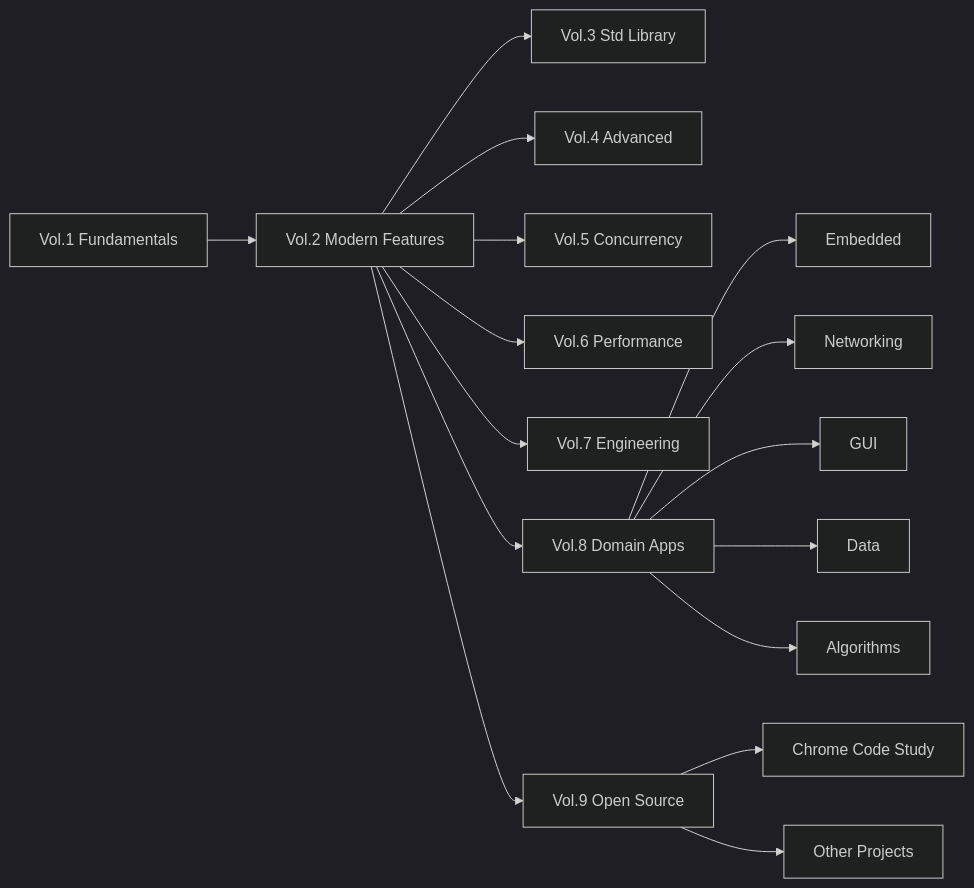
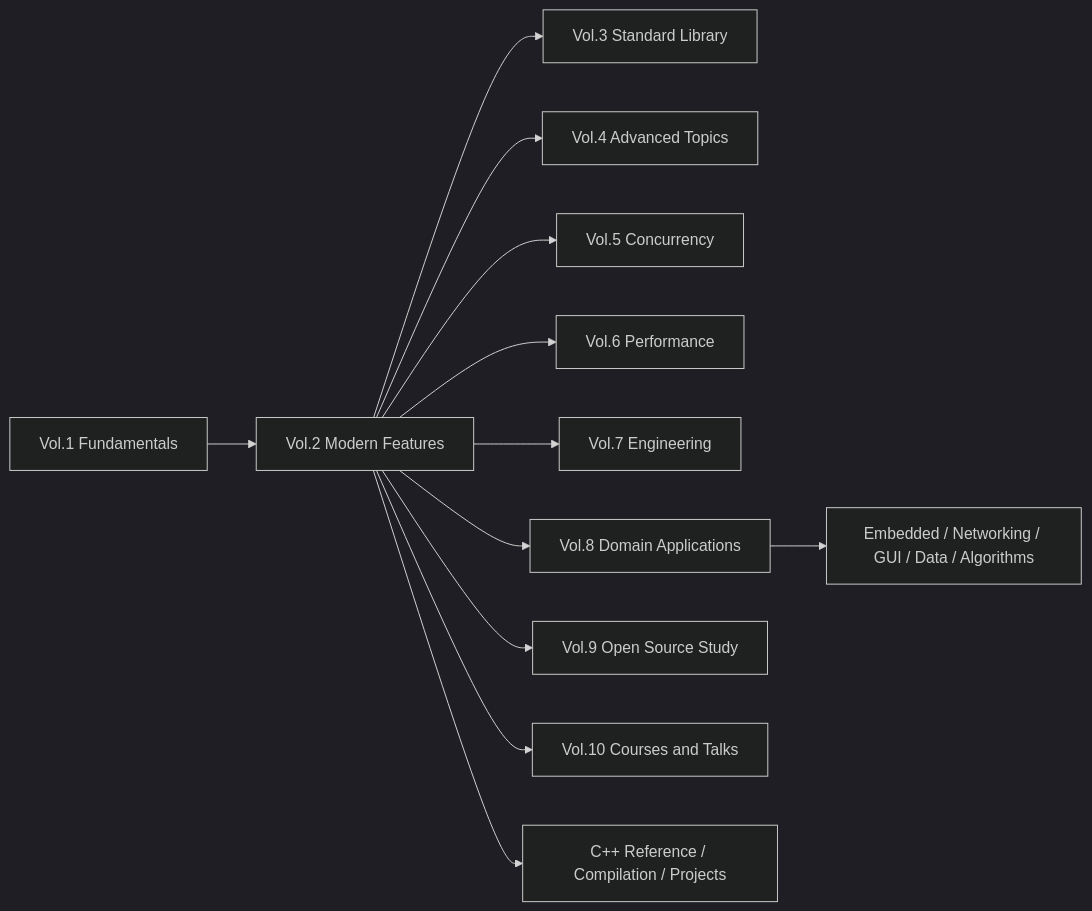
The first of 2 diagrams in README.en.md (Awesome-Embedded-Learning-Studio/Tutorial_AwesomeModernCPP), drawn with Mermaid (dark theme) before and after one commit. The commit also changed other lines of this file and 67 other files, not shown here.

````diff
--- a/README.en.md
+++ b/README.en.md
@@ -32,9 +64,14 @@
 ```mermaid
 graph LR
     V1["Vol.1 Fundamentals"] --> V2["Vol.2 Modern Features"]
-    V2 --> V3["Vol.3 Std Library"] & V4["Vol.4 Advanced"] & V5["Vol.5 Concurrency"] & V6["Vol.6 Performance"] & V7["Vol.7 Engineering"]
-    V2 --> V8["Vol.8 Domain Apps"]
-    V8 --> E["Embedded"] & N["Networking"] & G["GUI"] & D["Data"] & A["Algorithms"]
-    V2 --> V9["Vol.9 Open Source"]
-    V9 --> OC["Chrome Code Study"] & OS["Other Projects"]
+    V2 --> V3["Vol.3 Standard Library"]
+    V2 --> V4["Vol.4 Advanced Topics"]
+    V2 --> V5["Vol.5 Concurrency"]
+    V2 --> V6["Vol.6 Performance"]
+    V2 --> V7["Vol.7 Engineering"]
+    V2 --> V8["Vol.8 Domain Applications"]
+    V8 --> EMB["Embedded / Networking / GUI / Data / Algorithms"]
+    V2 --> V9["Vol.9 Open Source Study"]
+    V2 --> V10["Vol.10 Courses and Talks"]
+    V2 --> REF["C++ Reference / Compilation / Projects"]
 ```
````
